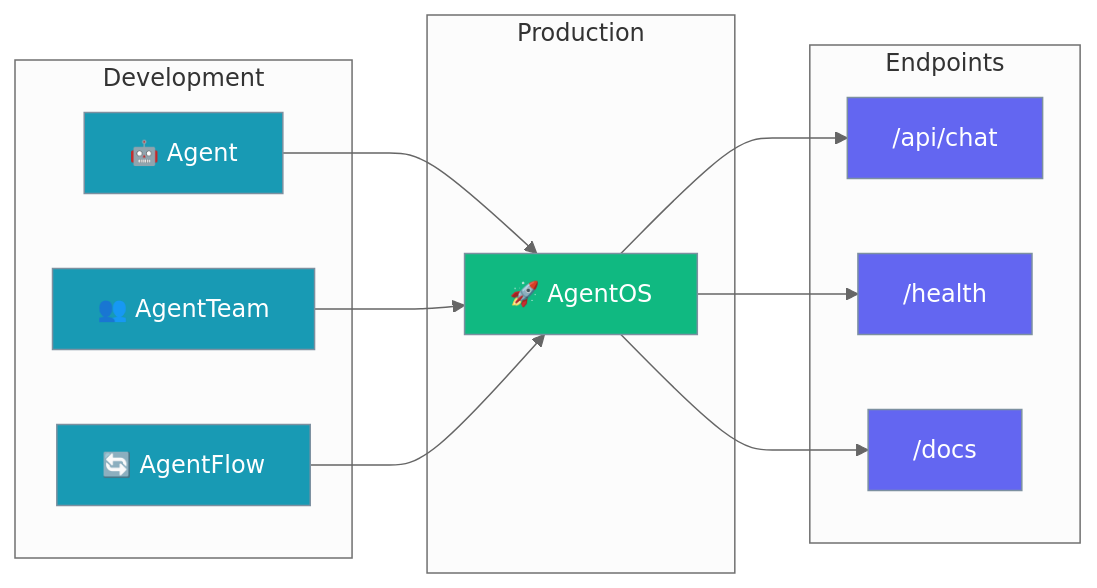
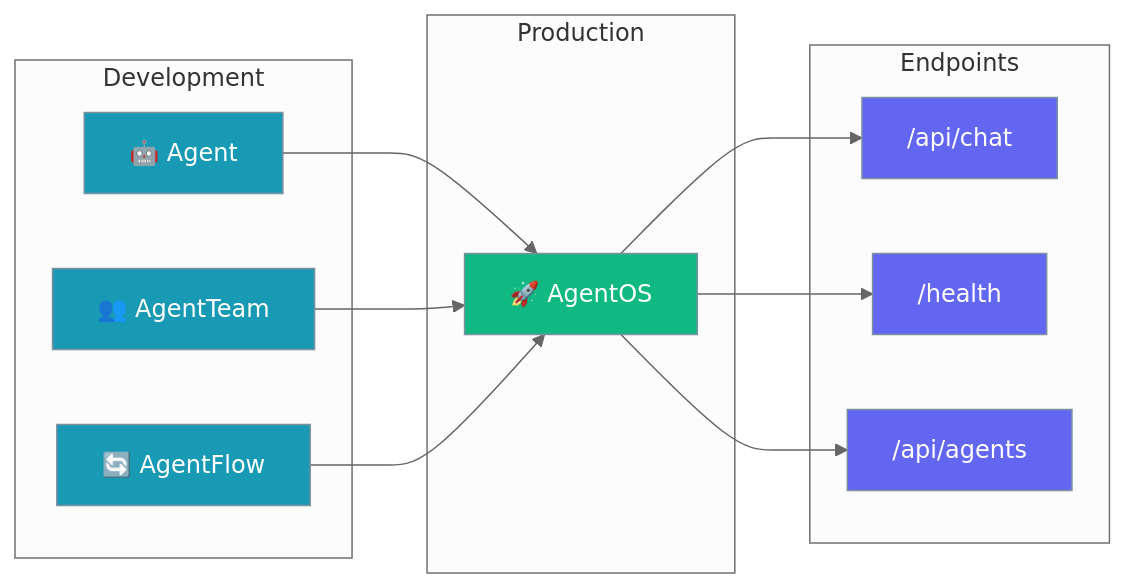
Before and after one commit to MervinPraison/PraisonAIDocs: the first of 2 diagrams in docs/js/agentos.mdx, drawn with Mermaid (neutral theme). The commit also changed other lines of this file and 1 other file, not shown here.

````diff
--- a/docs/js/agentos.mdx
+++ b/docs/js/agentos.mdx
@@ -18,33 +14,33 @@
 ```mermaid
 graph LR
     subgraph "Development"
         A[🤖 Agent]
         T[👥 AgentTeam]
         F[🔄 AgentFlow]
     end
     
     subgraph "Production"
         OS[🚀 AgentOS]
     end
     
     subgraph "Endpoints"
         API["/api/chat"]
         Health["/health"]
-        Docs["/docs"]
+        Agents["/api/agents"]
     end
     
     A --> OS
     T --> OS
     F --> OS
     OS --> API
     OS --> Health
-    OS --> Docs
+    OS --> Agents
     
     classDef dev fill:#189AB4,stroke:#7C90A0,color:#fff
     classDef prod fill:#10B981,stroke:#7C90A0,color:#fff
     classDef endpoint fill:#6366F1,stroke:#7C90A0,color:#fff
     
     class A,T,F dev
     class OS prod
-    class API,Health,Docs endpoint
+    class API,Health,Agents endpoint
 ```
````
